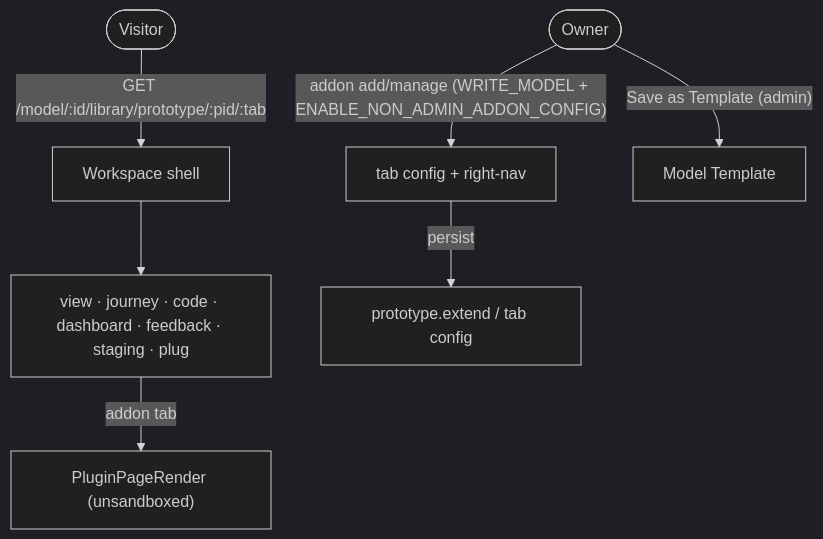
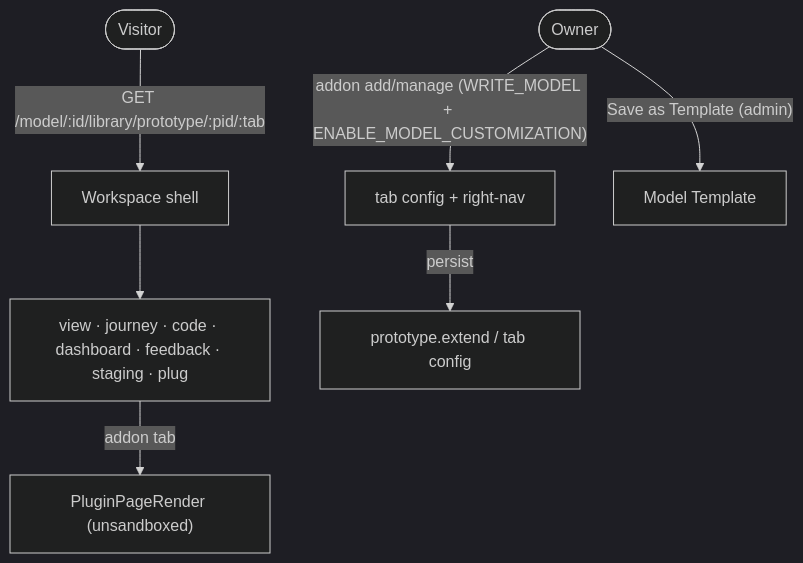
The fifth of 10 diagrams in docs/capabilities/prototypes-code.md (eclipse-autowrx/autowrx), drawn with Mermaid (dark theme) before and after one commit. The commit also changed other lines of this file and 11 other files, not shown here.

First line of the commit message:
fix(model-prototype): gate customization menus behind site config

````diff
--- a/docs/capabilities/prototypes-code.md
+++ b/docs/capabilities/prototypes-code.md
@@ -366,9 +366,9 @@
 ```mermaid
 flowchart TD
     V([Visitor]) -->|"GET /model/:id/library/prototype/:pid/:tab"| WS["Workspace shell"]
     WS --> Tabs["view · journey · code · dashboard · feedback · staging · plug"]
     Tabs -->|addon tab| PR["PluginPageRender (unsandboxed)"]
-    O([Owner]) -->|"addon add/manage (WRITE_MODEL + ENABLE_NON_ADMIN_ADDON_CONFIG)"| CFG["tab config + right-nav"]
+    O([Owner]) -->|"addon add/manage (WRITE_MODEL + ENABLE_MODEL_CUSTOMIZATION)"| CFG["tab config + right-nav"]
     CFG -->|persist| P["prototype.extend / tab config"]
     O -->|"Save as Template (admin)"| MT["Model Template"]
 ```
````
